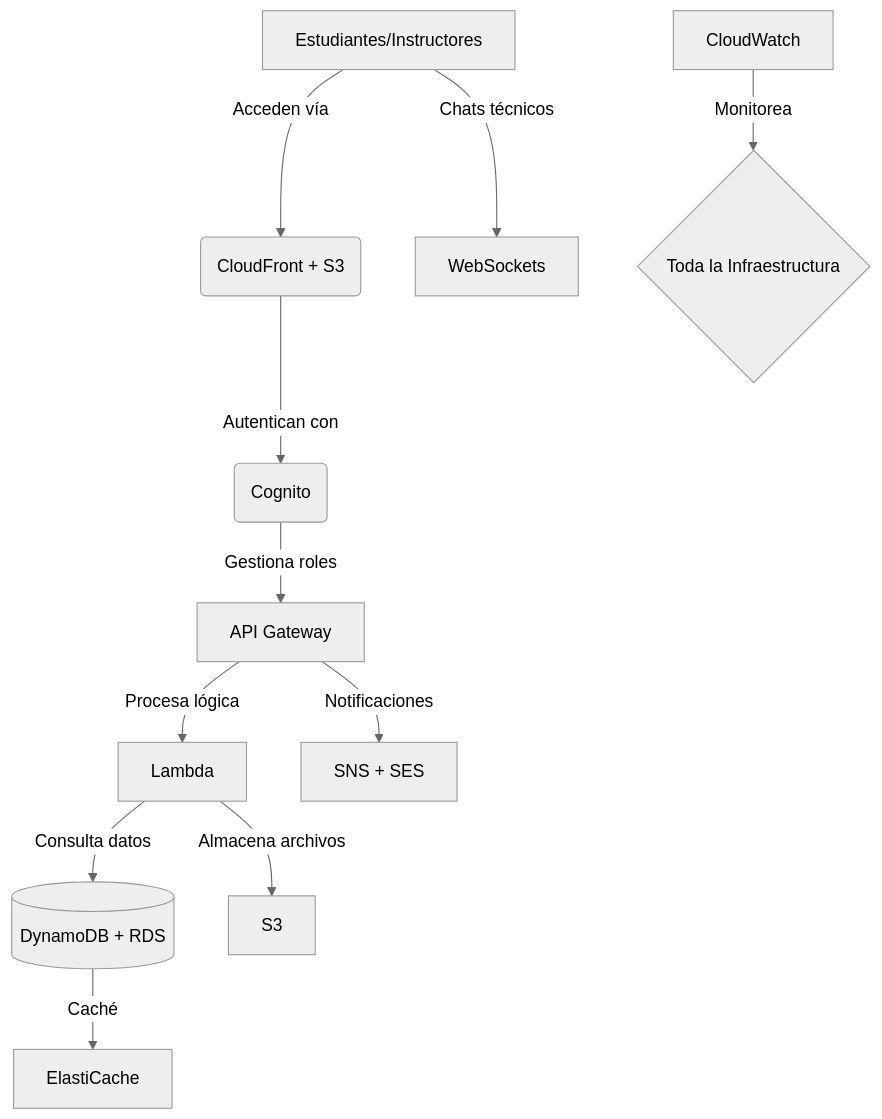
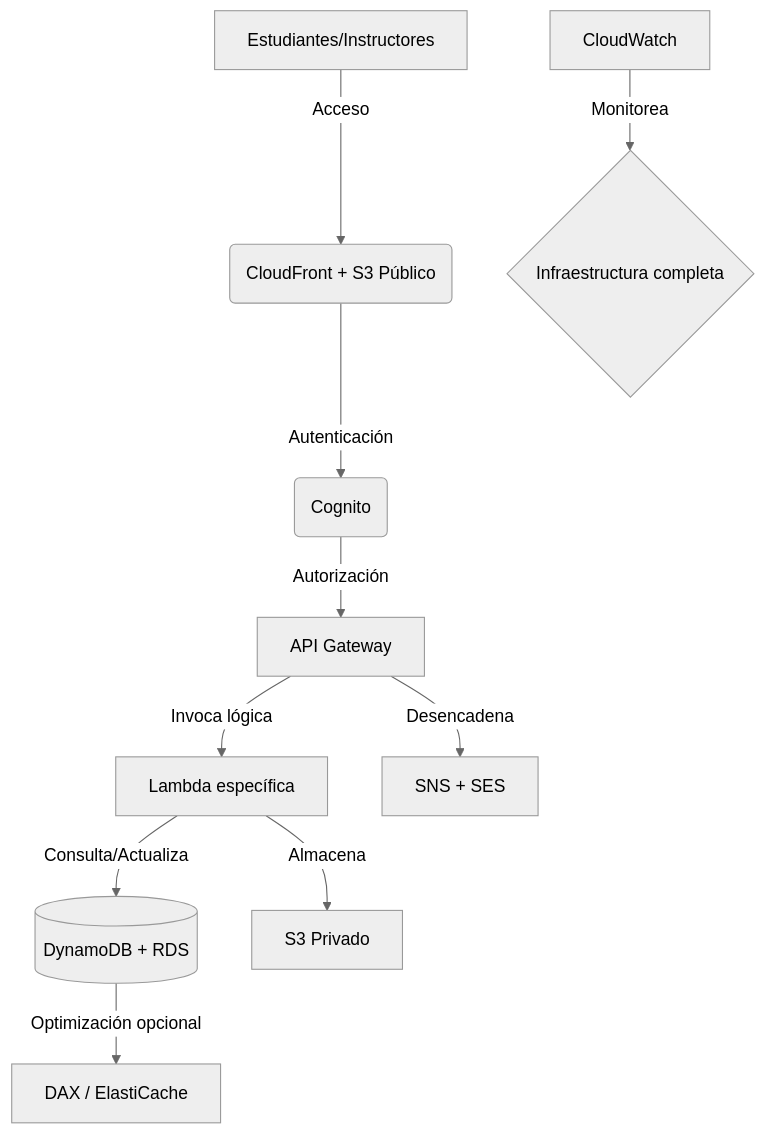
Before and after one commit to IACProject/aws_cursosOnline: the second of 3 diagrams in README.md, drawn with Mermaid (neutral theme). The commit also changed other lines of this file, not shown here.

````diff
--- a/README.md
+++ b/README.md
@@ -13,13 +45,12 @@
 ```mermaid
 graph TD
-    A[Estudiantes/Instructores] -->|Acceden vía| B(CloudFront + S3)
-    B -->|Autentican con| C(Cognito)
-    C -->|Gestiona roles| D[API Gateway]
-    D -->|Procesa lógica| E[Lambda]
-    E -->|Consulta datos| F[(DynamoDB + RDS)]
-    E -->|Almacena archivos| G[S3]
-    D -->|Notificaciones| H[SNS + SES]
-    F -->|Caché| I[ElastiCache]
-    A -->|Chats técnicos| J[WebSockets]
-    K[CloudWatch] -->|Monitorea| L{Toda la Infraestructura}
+    A[Estudiantes/Instructores] -->|Acceso| B(CloudFront + S3 Público)
+    B -->|Autenticación| C(Cognito)
+    C -->|Autorización| D[API Gateway]
+    D -->|Invoca lógica| E[Lambda específica]
+    E -->|Consulta/Actualiza| F[(DynamoDB + RDS)]
+    E -->|Almacena| G[S3 Privado]
+    D -->|Desencadena| H[SNS + SES]
+    F -->|Optimización opcional| I[DAX / ElastiCache]
+    J[CloudWatch] -->|Monitorea| K{Infraestructura completa}
 ```
````
